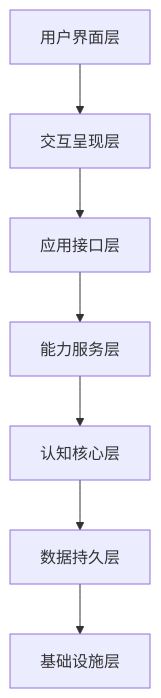
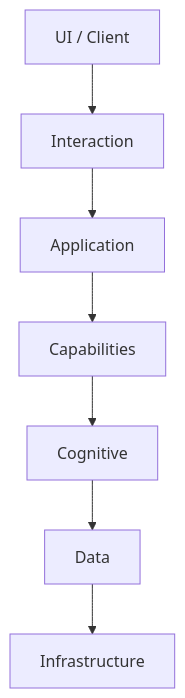
One commit to Zikang0/Mirexs changed the diagram in docs/developer_guide/architecture_overview.md. Above: the diagram before and after it, drawn with Mermaid. The commit also changed other lines of this file, not shown here.

Commit message:
更新 architecture_overview.md

````diff
--- a/docs/developer_guide/architecture_overview.md
+++ b/docs/developer_guide/architecture_overview.md
@@ -10,9 +16,9 @@
 ```mermaid
 flowchart TB
-    UI[用户界面层] --> INT[交互呈现层]
-    INT --> APP[应用接口层]
-    APP --> CAP[能力服务层]
-    CAP --> COG[认知核心层]
-    COG --> DATA[数据持久层]
-    DATA --> INF[基础设施层]
+    UI["UI / Client"] --> INT["Interaction"]
+    INT --> APP["Application"]
+    APP --> CAP["Capabilities"]
+    CAP --> COG["Cognitive"]
+    COG --> DATA["Data"]
+    DATA --> INF["Infrastructure"]
 ```
````
